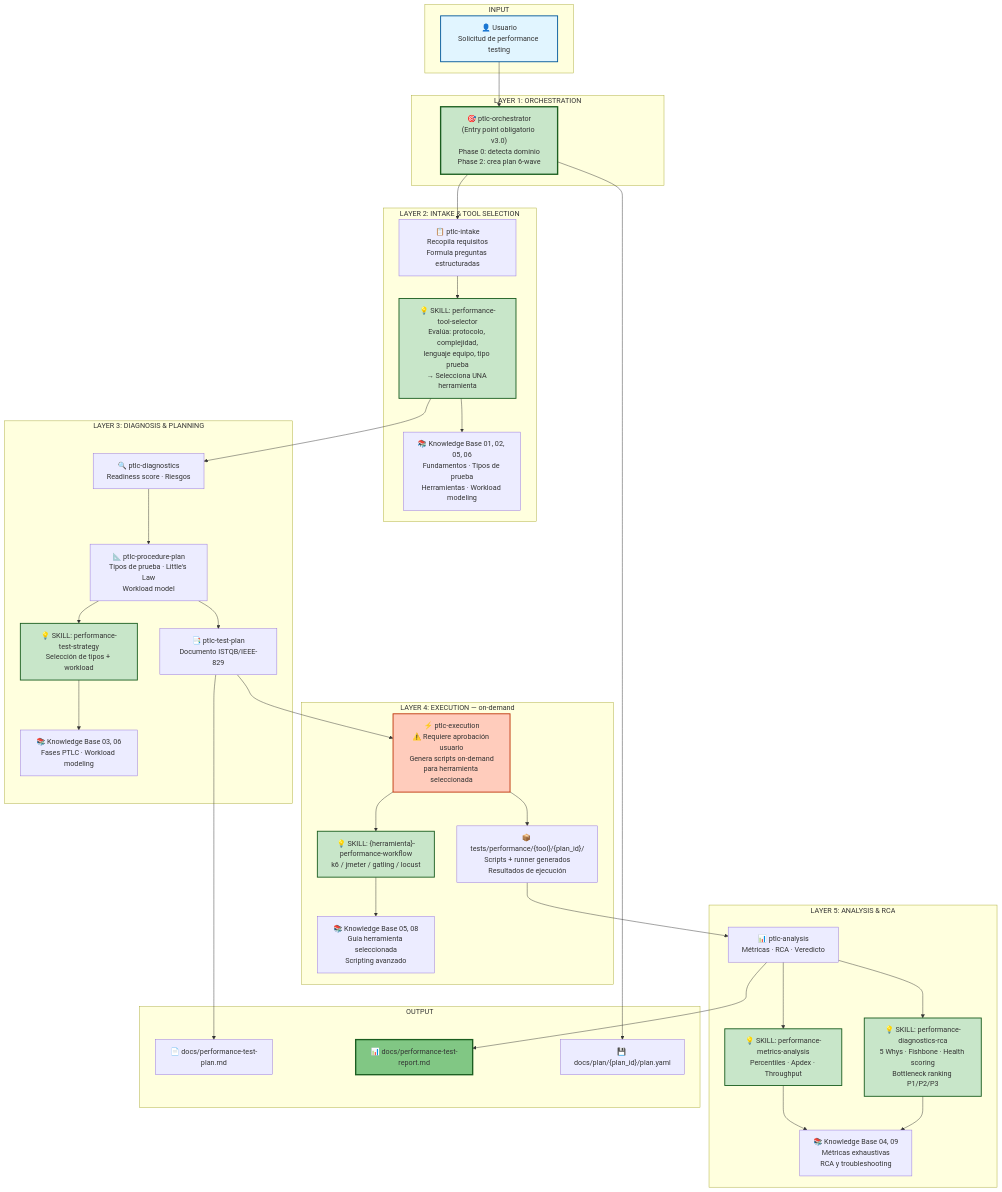
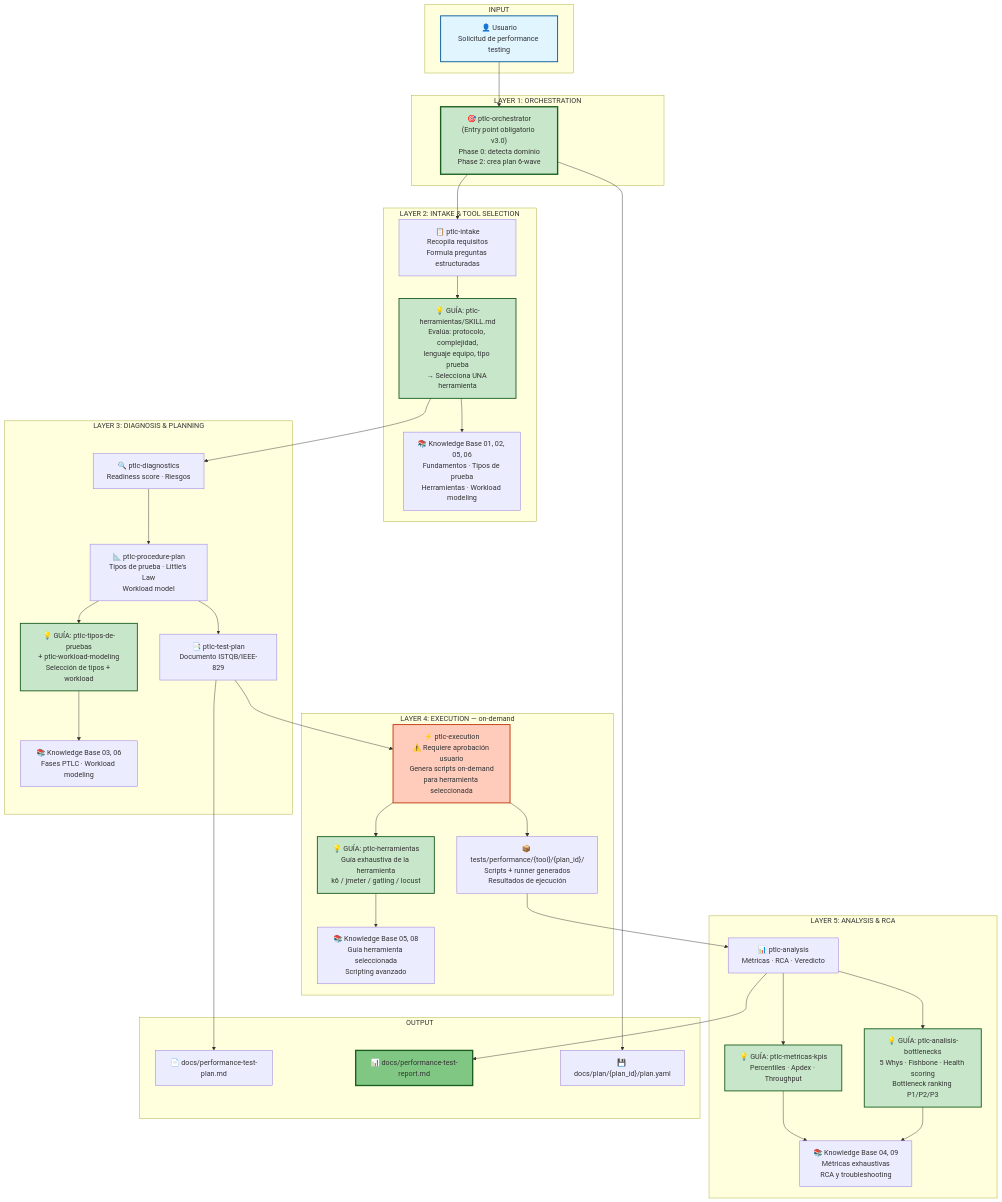
One commit to criquil/Intelligent_Performance_Test_Orchstrator changed the diagram in .opencode/skills/ptlc-arquitectura-mapas/MAPA_AGENTES_SKILLS.md. Above: the diagram before and after it, drawn with Mermaid. The commit also changed other lines of this file and 40 other files, not shown here.

````diff
--- a/.opencode/skills/ptlc-arquitectura-mapas/MAPA_AGENTES_SKILLS.md
+++ b/.opencode/skills/ptlc-arquitectura-mapas/MAPA_AGENTES_SKILLS.md
@@ -5,80 +5,80 @@
 ```mermaid
 graph TB
     subgraph "INPUT"
         U["👤 Usuario\nSolicitud de performance testing"]
     end
 
     subgraph "LAYER 1: ORCHESTRATION"
         GEM["🎯 ptlc-orchestrator\n(Entry point obligatorio v3.0)\nPhase 0: detecta dominio\nPhase 2: crea plan 6-wave"]
     end
 
     subgraph "LAYER 2: INTAKE & TOOL SELECTION"
         INTAKE["📋 ptlc-intake\nRecopila requisitos\nFormula preguntas estructuradas"]
-        SKILL1["💡 SKILL: performance-tool-selector\nEvalúa: protocolo, complejidad,\nlenguaje equipo, tipo prueba\n→ Selecciona UNA herramienta"]
+        SKILL1["💡 GUÍA: ptlc-herramientas/SKILL.md\nEvalúa: protocolo, complejidad,\nlenguaje equipo, tipo prueba\n→ Selecciona UNA herramienta"]
         DOC1["📚 Knowledge Base 01, 02, 05, 06\nFundamentos · Tipos de prueba\nHerramientas · Workload modeling"]
     end
 
     subgraph "LAYER 3: DIAGNOSIS & PLANNING"
         DIAG["🔍 ptlc-diagnostics\nReadiness score · Riesgos"]
         PROC["📐 ptlc-procedure-plan\nTipos de prueba · Little's Law\nWorkload model"]
         TPLAN["📑 ptlc-test-plan\nDocumento ISTQB/IEEE-829"]
-        SKILL2["💡 SKILL: performance-test-strategy\nSelección de tipos + workload"]
+        SKILL2["💡 GUÍA: ptlc-tipos-de-pruebas\n+ ptlc-workload-modeling\nSelección de tipos + workload"]
         DOC2["📚 Knowledge Base 03, 06\nFases PTLC · Workload modeling"]
     end
 
     subgraph "LAYER 4: EXECUTION — on-demand"
         EXEC["⚡ ptlc-execution\n⚠️ Requiere aprobación usuario\nGenera scripts on-demand\npara herramienta seleccionada"]
-        SKILL3["💡 SKILL: {herramienta}-performance-workflow\nk6 / jmeter / gatling / locust"]
+        SKILL3["💡 GUÍA: ptlc-herramientas\nGuía exhaustiva de la herramienta\nk6 / jmeter / gatling / locust"]
         DOC3["📚 Knowledge Base 05, 08\nGuía herramienta seleccionada\nScripting avanzado"]
         OUT_EXEC["📦 tests/performance/{tool}/{plan_id}/\nScripts + runner generados\nResultados de ejecución"]
     end
 
     subgraph "LAYER 5: ANALYSIS & RCA"
         ANAL["📊 ptlc-analysis\nMétricas · RCA · Veredicto"]
-        SKILL4["💡 SKILL: performance-metrics-analysis\nPercentiles · Apdex · Throughput"]
-        SKILL5["💡 SKILL: performance-diagnostics-rca\n5 Whys · Fishbone · Health scoring\nBottleneck ranking P1/P2/P3"]
+        SKILL4["💡 GUÍA: ptlc-metricas-kpis\nPercentiles · Apdex · Throughput"]
+        SKILL5["💡 GUÍA: ptlc-analisis-bottlenecks\n5 Whys · Fishbone · Health scoring\nBottleneck ranking P1/P2/P3"]
         DOC4["📚 Knowledge Base 04, 09\nMétricas exhaustivas\nRCA y troubleshooting"]
     end
 
     subgraph "OUTPUT"
         PLAN["📄 docs/performance-test-plan.md"]
         REPORT["📊 docs/performance-test-report.md"]
         STATE["💾 docs/plan/{plan_id}/plan.yaml"]
     end
 
     U --> GEM
     GEM --> INTAKE
     INTAKE --> SKILL1
     SKILL1 --> DOC1
 
     SKILL1 --> DIAG
     DIAG --> PROC
     PROC --> SKILL2
     SKILL2 --> DOC2
     PROC --> TPLAN
     TPLAN --> PLAN
 
     TPLAN --> EXEC
     EXEC --> SKILL3
     SKILL3 --> DOC3
     EXEC --> OUT_EXEC
 
     OUT_EXEC --> ANAL
     ANAL --> SKILL4
     ANAL --> SKILL5
     SKILL4 --> DOC4
     SKILL5 --> DOC4
     ANAL --> REPORT
 
     GEM --> STATE
 
     style U fill:#e1f5ff,stroke:#01579b,stroke-width:2px
     style GEM fill:#c8e6c9,stroke:#1b5e20,stroke-width:3px
     style EXEC fill:#ffccbc,stroke:#bf360c,stroke-width:2px
     style SKILL1 fill:#c8e6c9,stroke:#1b5e20,stroke-width:2px
     style SKILL2 fill:#c8e6c9,stroke:#1b5e20,stroke-width:2px
     style SKILL3 fill:#c8e6c9,stroke:#1b5e20,stroke-width:2px
     style SKILL4 fill:#c8e6c9,stroke:#1b5e20,stroke-width:2px
     style SKILL5 fill:#c8e6c9,stroke:#1b5e20,stroke-width:2px
     style REPORT fill:#81c784,stroke:#1b5e20,stroke-width:3px
 ```
````
